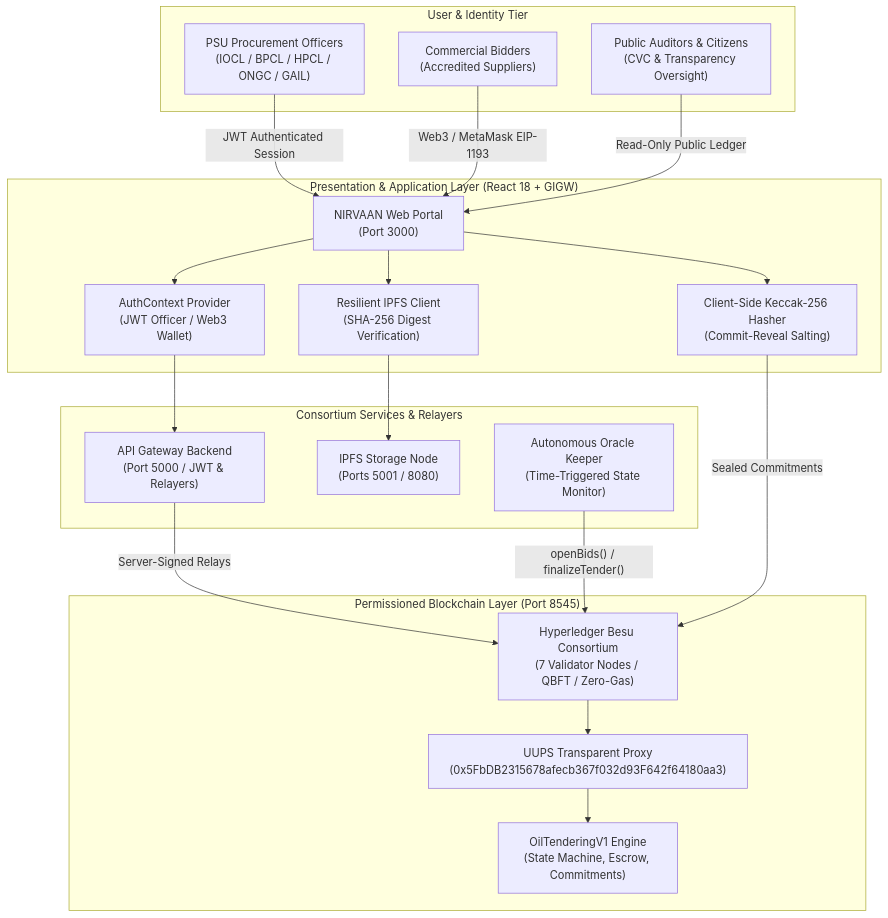
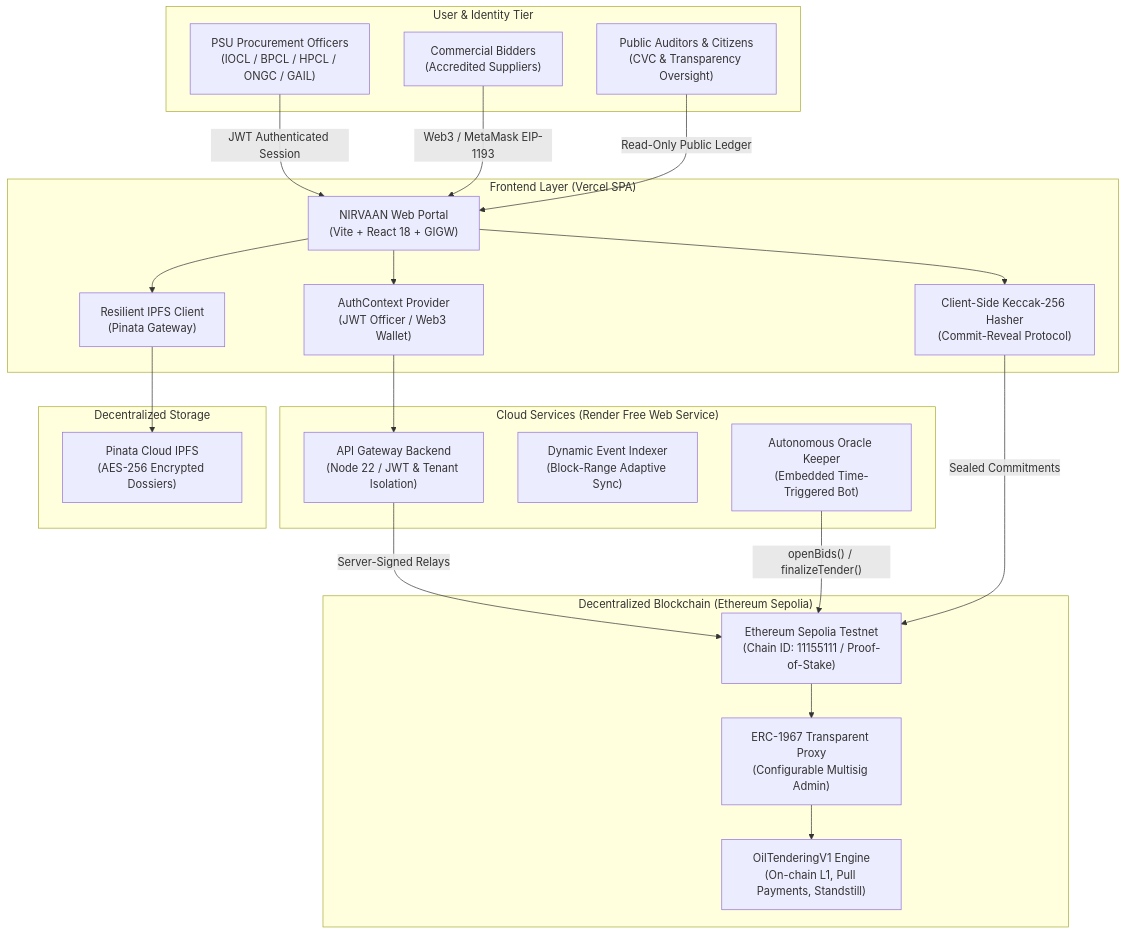
Before and after one commit to TharunRevinth/nirvaan: the first of 2 diagrams in README.md, drawn with Mermaid. The commit also changed other lines of this file and 18 other files, not shown here.

````diff
--- a/README.md
+++ b/README.md
@@ -13,45 +13,49 @@
 ```mermaid
 flowchart TD
     subgraph Users["User & Identity Tier"]
         PSU["PSU Procurement Officers<br/>(IOCL / BPCL / HPCL / ONGC / GAIL)"]
         Vendor["Commercial Bidders<br/>(Accredited Suppliers)"]
         Public["Public Auditors & Citizens<br/>(CVC & Transparency Oversight)"]
     end
 
-    subgraph Client["Presentation & Application Layer (React 18 + GIGW)"]
-        UI["NIRVAAN Web Portal<br/>(Port 3000)"]
+    subgraph Client["Frontend Layer (Vercel SPA)"]
+        UI["NIRVAAN Web Portal<br/>(Vite + React 18 + GIGW)"]
         AuthCtx["AuthContext Provider<br/>(JWT Officer / Web3 Wallet)"]
-        CryptoClient["Client-Side Keccak-256 Hasher<br/>(Commit-Reveal Salting)"]
-        IPFSClient["Resilient IPFS Client<br/>(SHA-256 Digest Verification)"]
+        CryptoClient["Client-Side Keccak-256 Hasher<br/>(Commit-Reveal Protocol)"]
+        IPFSClient["Resilient IPFS Client<br/>(Pinata Gateway)"]
     end
 
-    subgraph Services["Consortium Services & Relayers"]
-        Express["API Gateway Backend<br/>(Port 5000 / JWT & Relayers)"]
-        Kubo["IPFS Storage Node<br/>(Ports 5001 / 8080)"]
-        Keeper["Autonomous Oracle Keeper<br/>(Time-Triggered State Monitor)"]
+    subgraph Services["Cloud Services (Render Free Web Service)"]
+        Express["API Gateway Backend<br/>(Node 22 / JWT & Tenant Isolation)"]
+        Indexer["Dynamic Event Indexer<br/>(Block-Range Adaptive Sync)"]
+        Keeper["Autonomous Oracle Keeper<br/>(Embedded Time-Triggered Bot)"]
     end
 
-    subgraph Blockchain["Permissioned Blockchain Layer (Port 8545)"]
-        Besu["Hyperledger Besu Consortium<br/>(7 Validator Nodes / QBFT / Zero-Gas)"]
-        Proxy["UUPS Transparent Proxy<br/>(0x5FbDB2315678afecb367f032d93F642f64180aa3)"]
-        Contract["OilTenderingV1 Engine<br/>(State Machine, Escrow, Commitments)"]
+    subgraph Storage["Decentralized Storage"]
+        Pinata["Pinata Cloud IPFS<br/>(AES-256 Encrypted Dossiers)"]
+    end
+
+    subgraph Blockchain["Decentralized Blockchain (Ethereum Sepolia)"]
+        Sepolia["Ethereum Sepolia Testnet<br/>(Chain ID: 11155111 / Proof-of-Stake)"]
+        Proxy["ERC-1967 Transparent Proxy<br/>(Configurable Multisig Admin)"]
+        Contract["OilTenderingV1 Engine<br/>(On-chain L1, Pull Payments, Standstill)"]
     end
 
     PSU -->|"JWT Authenticated Session"| UI
     Vendor -->|"Web3 / MetaMask EIP-1193"| UI
     Public -->|"Read-Only Public Ledger"| UI
 
     UI --> AuthCtx
     UI --> CryptoClient
     UI --> IPFSClient
 
     AuthCtx --> Express
-    IPFSClient --> Kubo
-    Express -->|"Server-Signed Relays"| Besu
+    IPFSClient --> Pinata
+    Express -->|"Server-Signed Relays"| Sepolia
 
-    Keeper -->|"openBids() / finalizeTender()"| Besu
-    CryptoClient -->|"Sealed Commitments"| Besu
+    Keeper -->|"openBids() / finalizeTender()"| Sepolia
+    CryptoClient -->|"Sealed Commitments"| Sepolia
 
-    Besu --> Proxy
+    Sepolia --> Proxy
     Proxy --> Contract
 ```
````
